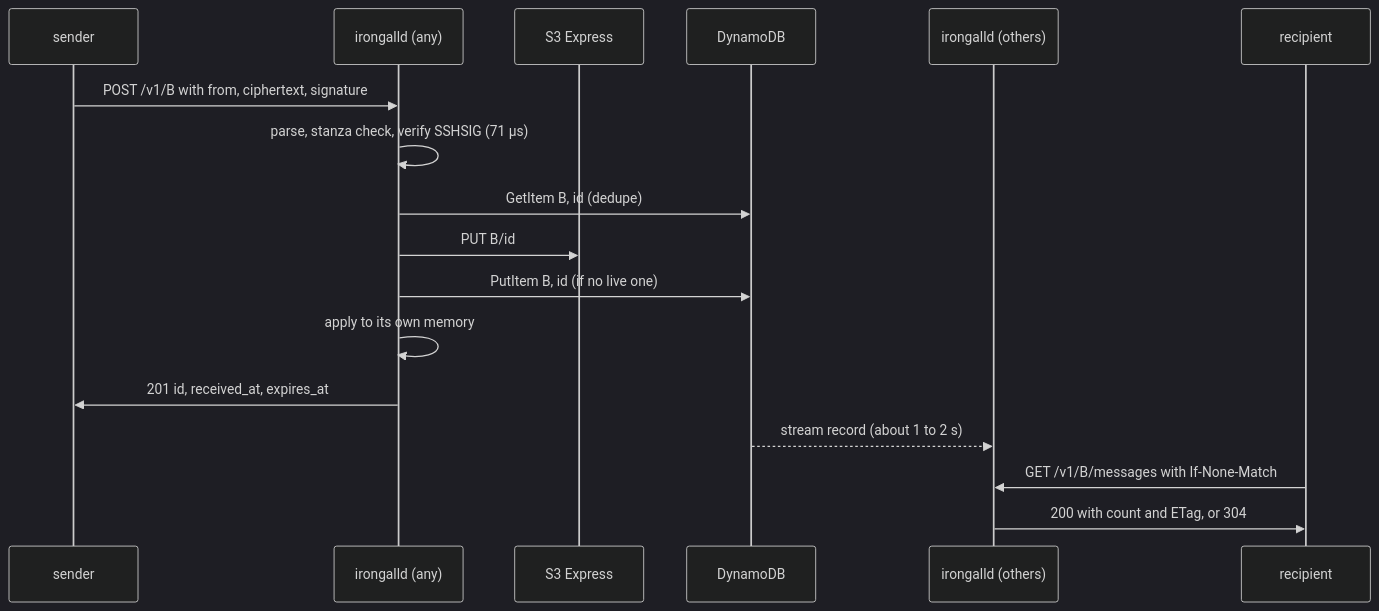
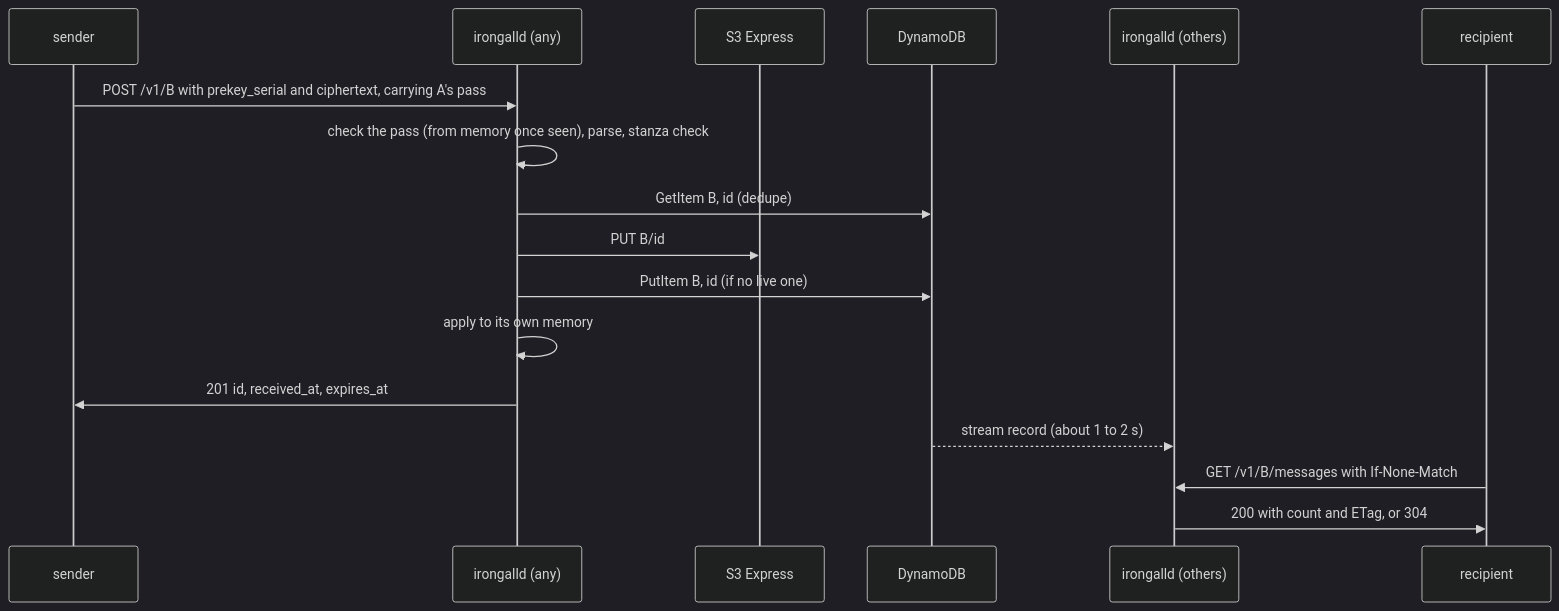
The second of 2 diagrams in ARCHITECTURE.md (IronGall-dev/irongall-server), drawn with Mermaid (dark theme) before and after one commit. The commit also changed other lines of this file and 29 other files, not shown here.

````diff
--- a/ARCHITECTURE.md
+++ b/ARCHITECTURE.md
@@ -132,19 +133,19 @@
 ```mermaid
 sequenceDiagram
   participant A as sender
   participant P1 as irongalld (any)
   participant S3 as S3 Express
   participant D as DynamoDB
   participant P2 as irongalld (others)
   participant B as recipient
-  A->>P1: POST /v1/B with from, ciphertext, signature
-  P1->>P1: parse, stanza check, verify SSHSIG (71 µs)
+  A->>P1: POST /v1/B with prekey_serial and ciphertext, carrying A's pass
+  P1->>P1: check the pass (from memory once seen), parse, stanza check
   P1->>D: GetItem B, id (dedupe)
   P1->>S3: PUT B/id
   P1->>D: PutItem B, id (if no live one)
   P1->>P1: apply to its own memory
   P1->>A: 201 id, received_at, expires_at
   D-->>P2: stream record (about 1 to 2 s)
   B->>P2: GET /v1/B/messages with If-None-Match
   P2->>B: 200 with count and ETag, or 304
 ```
````
